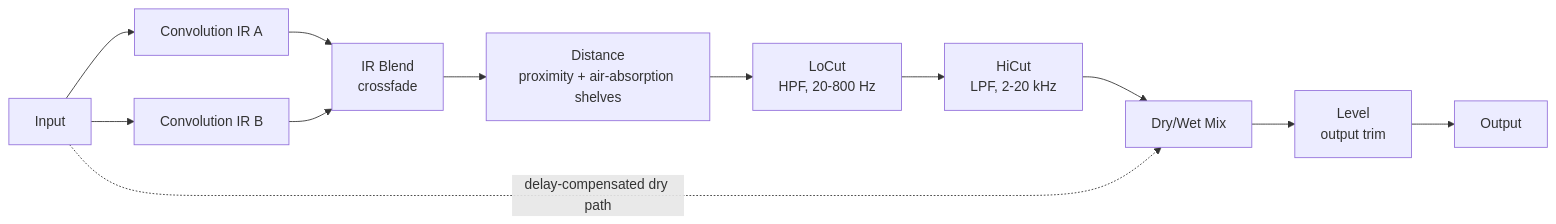
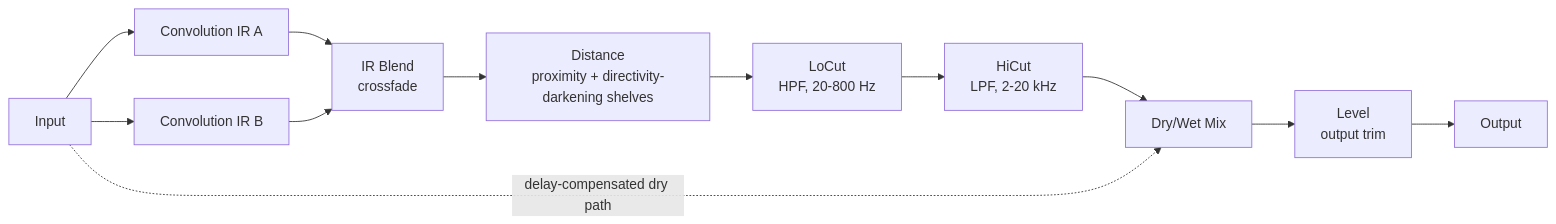
Before and after one commit to basilica-audio/Nave: the diagram in docs/architecture.md, drawn with Mermaid. The commit also changed other lines of this file and 32 other files, not shown here.

````diff
--- a/docs/architecture.md
+++ b/docs/architecture.md
@@ -5,14 +5,14 @@
 ```mermaid
 flowchart LR
     IN[Input] --> CONVA[Convolution IR A]
     IN --> CONVB[Convolution IR B]
     CONVA --> BLEND[IR Blend<br/>crossfade]
     CONVB --> BLEND
-    BLEND --> DIST[Distance<br/>proximity + air-absorption shelves]
+    BLEND --> DIST[Distance<br/>proximity + directivity-darkening shelves]
     DIST --> LOCUT[LoCut<br/>HPF, 20-800 Hz]
     LOCUT --> HICUT[HiCut<br/>LPF, 2-20 kHz]
     HICUT --> MIX[Dry/Wet Mix]
     IN -.->|delay-compensated dry path| MIX
     MIX --> LEVEL[Level<br/>output trim]
     LEVEL --> OUT[Output]
 ```
````
